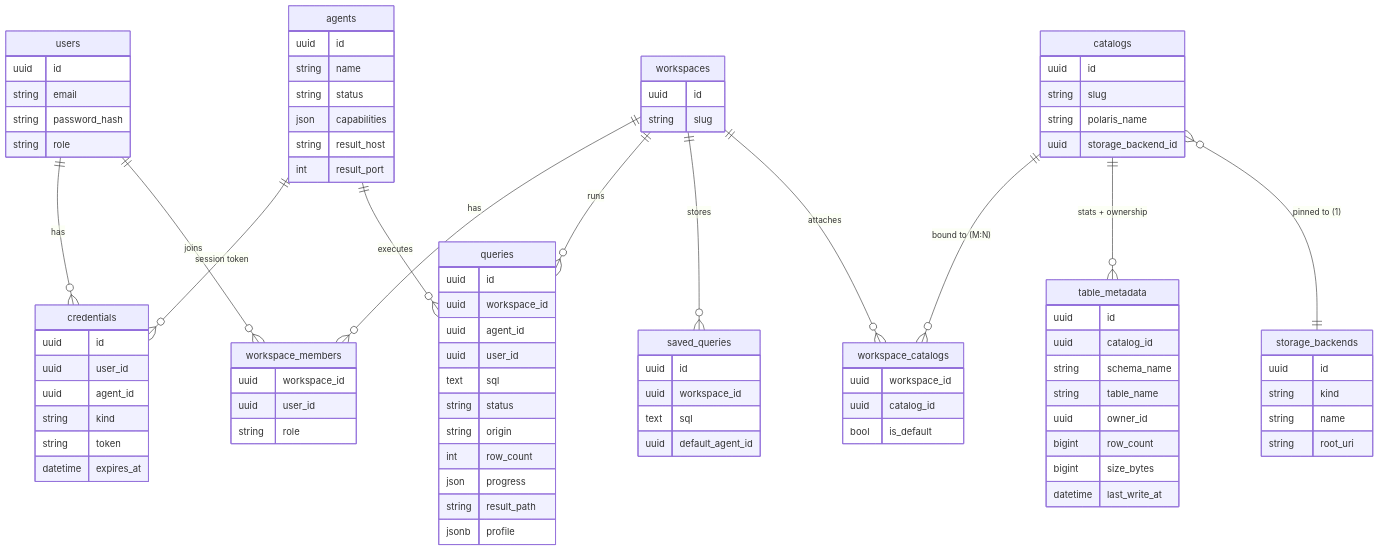
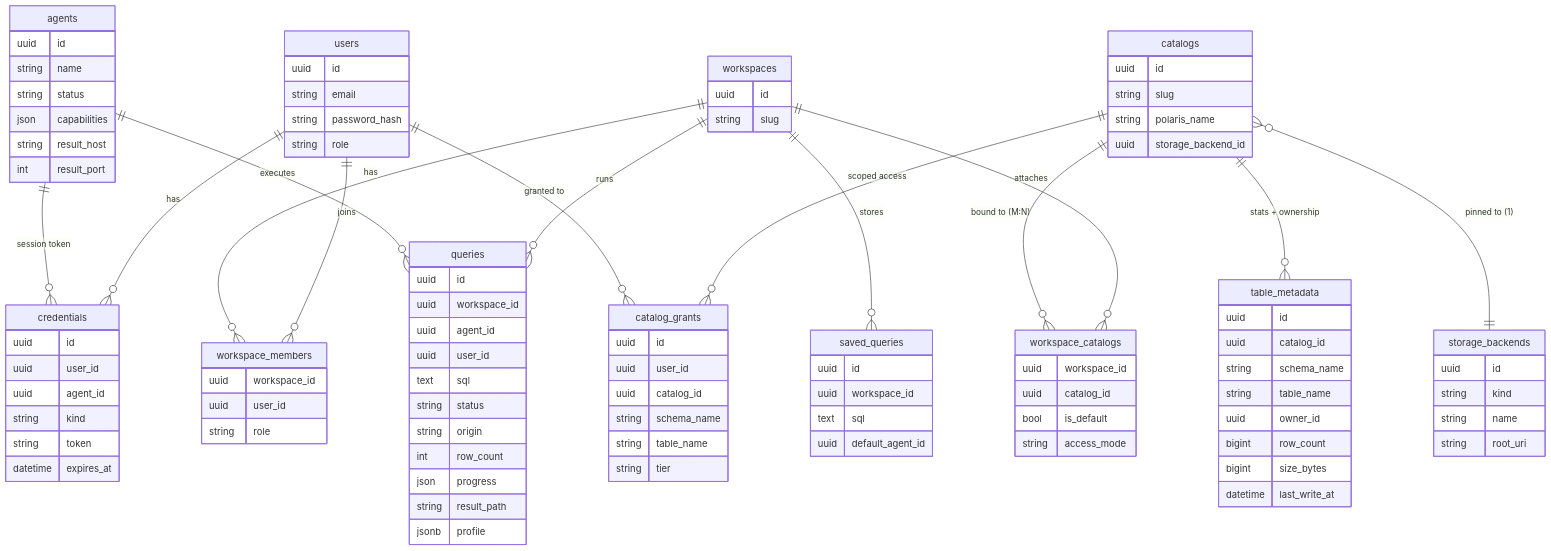
The second of 4 diagrams in docs/concepts/architecture.md (tamasmrtn/duckhaven), drawn with Mermaid before and after one commit. The commit also changed other lines of this file and 2 other files, not shown here.

Commit message:
Document scoped catalog/schema/table access grants

```diff
--- a/docs/concepts/architecture.md
+++ b/docs/concepts/architecture.md
@@ -326,6 +326,8 @@
     workspaces ||--o{ workspace_catalogs : attaches
     catalogs ||--o{ workspace_catalogs : "bound to (M:N)"
     catalogs ||--o{ table_metadata : "stats + ownership"
+    catalogs ||--o{ catalog_grants : "scoped access"
+    users ||--o{ catalog_grants : "granted to"
     catalogs }o--|| storage_backends : "pinned to (1)"
     agents ||--o{ credentials : "session token"
     agents ||--o{ queries : executes
@@ -358,6 +360,15 @@
         uuid workspace_id
         uuid catalog_id
         bool is_default
+        string access_mode
+    }
+    catalog_grants {
+        uuid id
+        uuid user_id
+        uuid catalog_id
+        string schema_name
+        string table_name
+        string tier
     }
     workspace_members {
         uuid workspace_id
```
